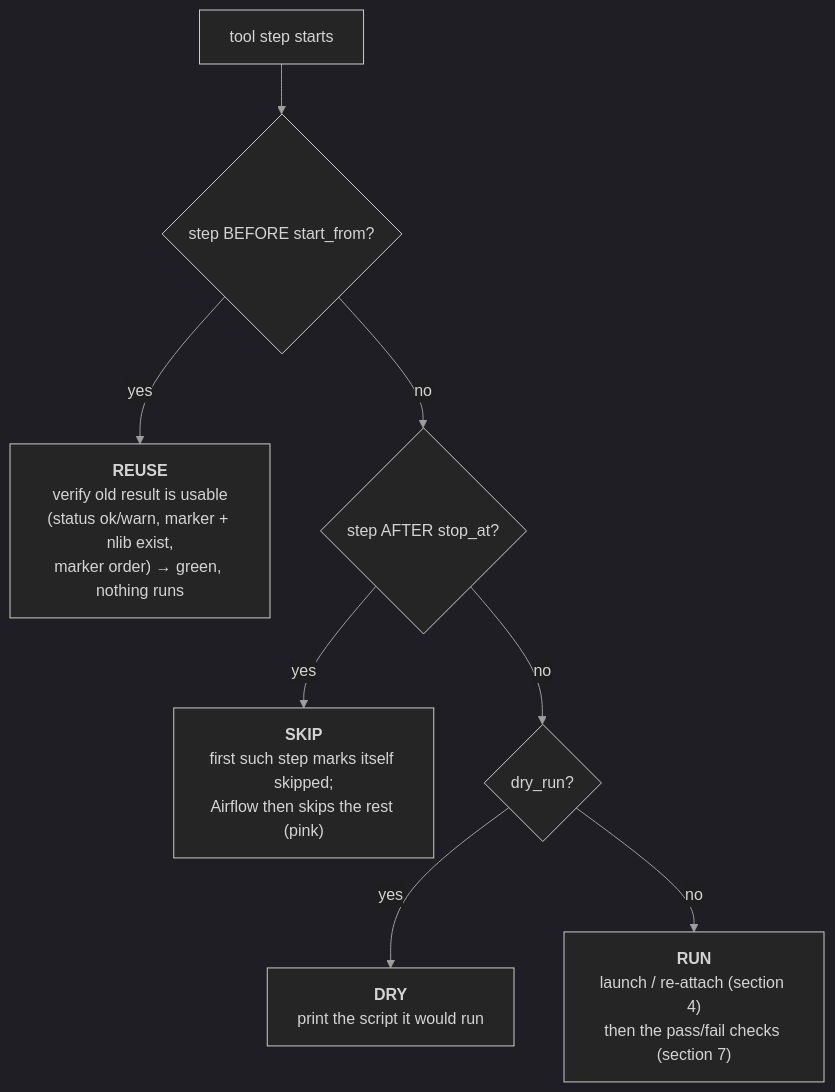
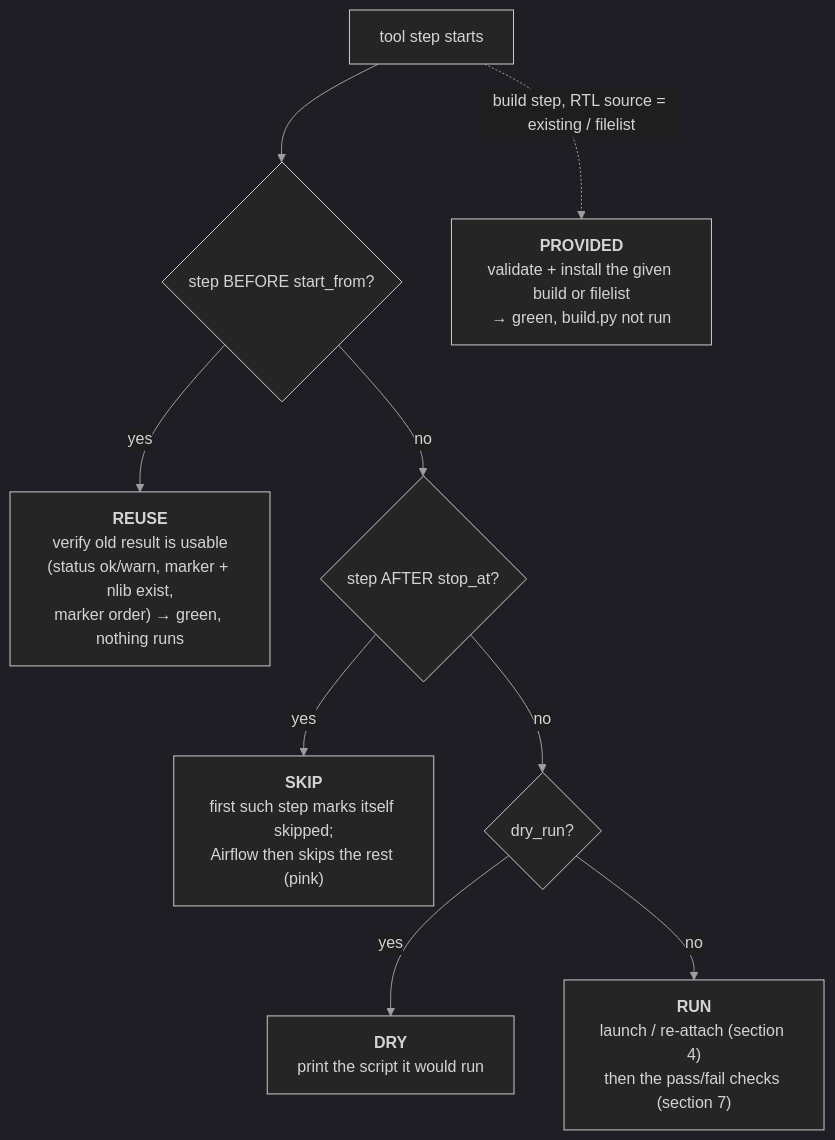
One commit to jayadityasingh9/pd_flow_airflow changed the third of 7 diagrams in FLOW.md. Above: the diagram before and after it, drawn with Mermaid. The commit also changed other lines of this file and 11 other files, not shown here.

First line of the commit message:
RTL source selector: run build.py / reuse an existing build / custom Tcl filelist

````diff
--- a/FLOW.md
+++ b/FLOW.md
@@ -144,11 +144,12 @@
 ```mermaid
 %%{init: {'theme': 'dark', 'themeVariables': {'background': '#1e1e1e', 'mainBkg': '#252526', 'primaryColor': '#2d2d30', 'primaryTextColor': '#d4d4d4', 'primaryBorderColor': '#6e6e6e', 'secondaryColor': '#2d2d30', 'tertiaryColor': '#1e1e1e', 'lineColor': '#9e9e9e', 'textColor': '#d4d4d4', 'clusterBkg': '#252526', 'clusterBorder': '#555555', 'edgeLabelBackground': '#1e1e1e', 'noteBkgColor': '#3a3d41', 'noteTextColor': '#d4d4d4', 'noteBorderColor': '#6e6e6e', 'actorBkg': '#2d2d30', 'actorBorder': '#6e6e6e', 'actorTextColor': '#d4d4d4', 'signalColor': '#d4d4d4', 'signalTextColor': '#d4d4d4', 'labelBoxBkgColor': '#2d2d30', 'labelTextColor': '#d4d4d4', 'loopTextColor': '#d4d4d4', 'activationBkgColor': '#3a3d41', 'fontFamily': 'Segoe UI, Ubuntu, sans-serif'}}}%%
 flowchart TD
     S["tool step starts"] --> Q1{"step BEFORE start_from?"}
     Q1 -- yes --> RE["<b>REUSE</b><br/>verify old result is usable<br/>(status ok/warn, marker + nlib exist,<br/>marker order) → green, nothing runs"]
+    S -. "build step, RTL source = existing / filelist" .-> PV["<b>PROVIDED</b><br/>validate + install the given build or filelist<br/>→ green, build.py not run"]
     Q1 -- no --> Q2{"step AFTER stop_at?"}
     Q2 -- yes --> SK["<b>SKIP</b><br/>first such step marks itself skipped;<br/>Airflow then skips the rest (pink)"]
     Q2 -- no --> Q3{"dry_run?"}
     Q3 -- yes --> DR["<b>DRY</b><br/>print the script it would run"]
     Q3 -- no --> RU["<b>RUN</b><br/>launch / re-attach (section 4)<br/>then the pass/fail checks (section 7)"]
 ```
````
